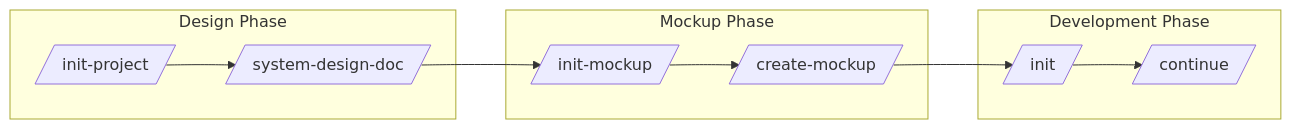
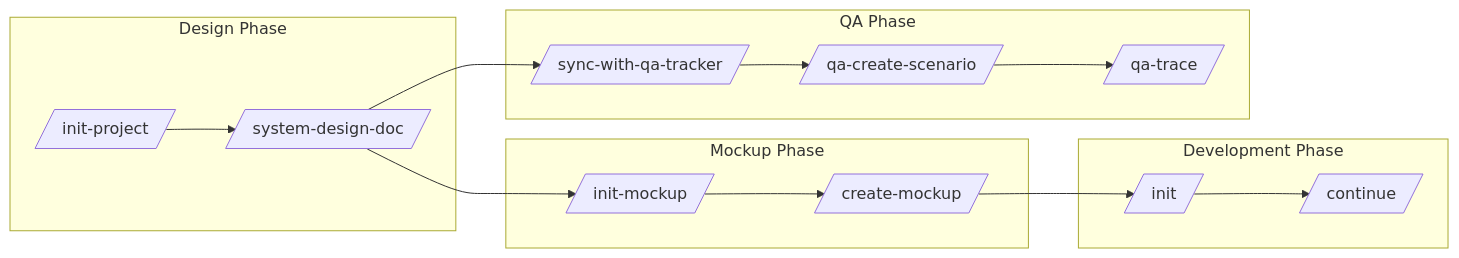
The diagram in plugins/system-design-doc/README.md (mounchons/AgentMarketPlace), drawn with Mermaid before and after one commit. The commit also changed other lines of this file, not shown here.

First line of the commit message:
task(#4.1): rewrite README to v2.2.0 — 22 commands, split layout, schema 2.3.0, full changelog

````diff
--- a/plugins/system-design-doc/README.md
+++ b/plugins/system-design-doc/README.md
@@ -274,23 +340,32 @@
 ```mermaid
 flowchart LR
     subgraph DesignPhase["Design Phase"]
         P1[/init-project/]
         P2[/system-design-doc/]
     end
 
     subgraph MockupPhase["Mockup Phase"]
         M1[/init-mockup/]
         M2[/create-mockup/]
     end
 
     subgraph DevPhase["Development Phase"]
         D1[/init/]
         D2[/continue/]
     end
 
+    subgraph QAPhase["QA Phase"]
+        Q1[/sync-with-qa-tracker/]
+        Q2[/qa-create-scenario/]
+        Q3[/qa-trace/]
+    end
+
     P1 --> P2
     P2 --> M1
     M1 --> M2
     M2 --> D1
     D1 --> D2
+    P2 --> Q1
+    Q1 --> Q2
+    Q2 --> Q3
 ```
````
